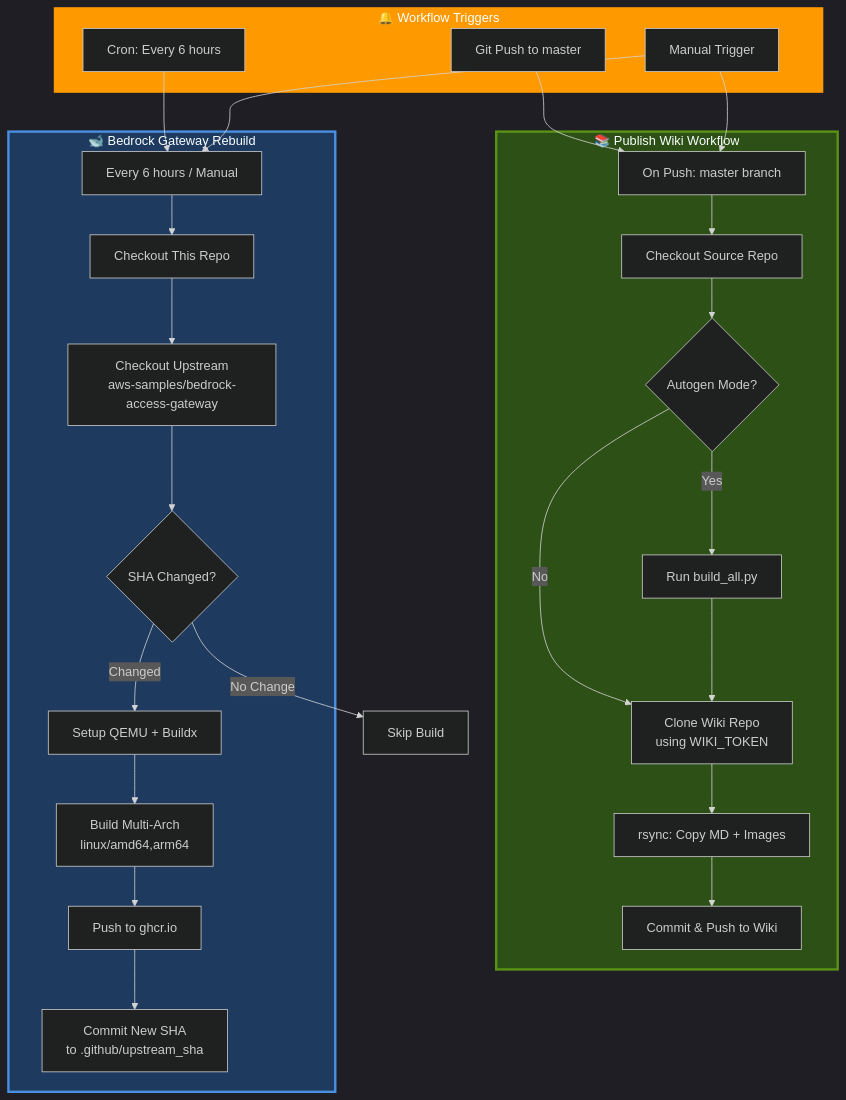
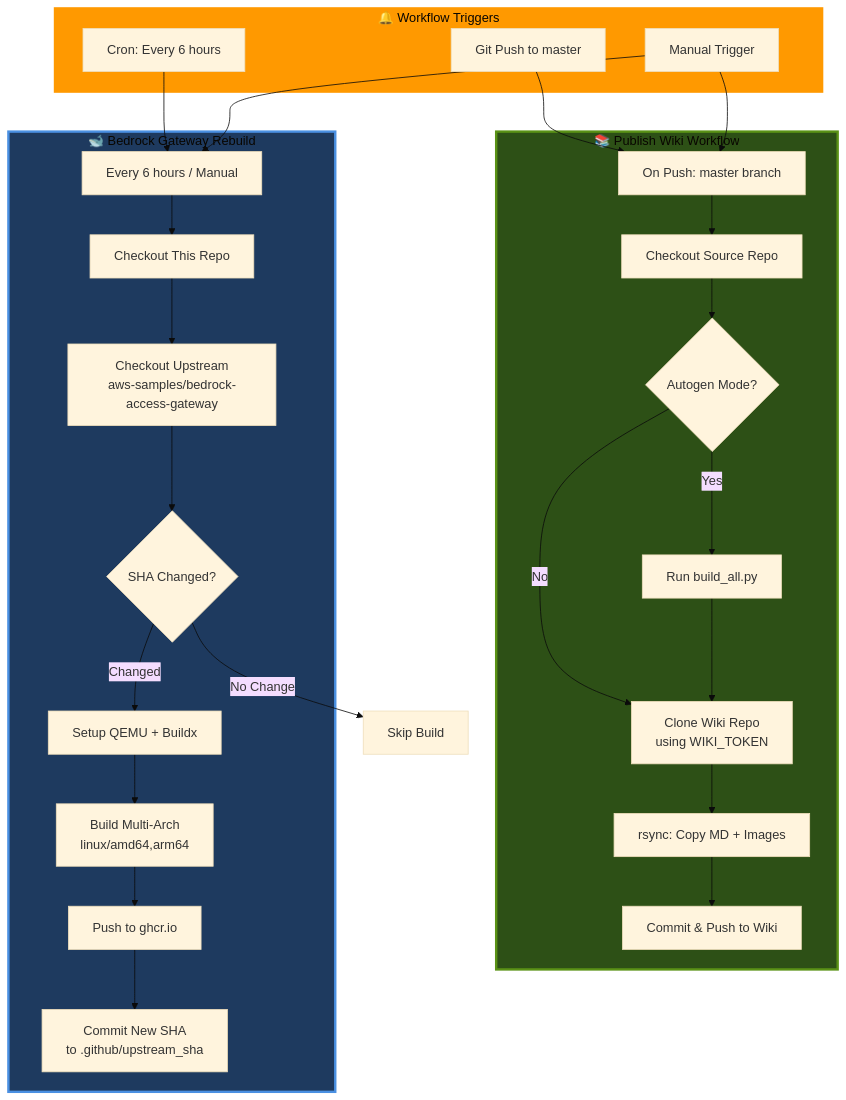
The first of 4 diagrams in docs/wiki/15-CI-CD-and-GitHub-Actions.md (seadogger-tech/seadogger-homelab), drawn with Mermaid before and after one commit. The commit also changed other lines of this file and 1 other file, not shown here.

First line of the commit message:
Switch Mermaid diagrams to 'base' theme for better light/dark mode adaptation

````diff
--- a/docs/wiki/15-CI-CD-and-GitHub-Actions.md
+++ b/docs/wiki/15-CI-CD-and-GitHub-Actions.md
@@ -10,56 +10,56 @@
 ```mermaid
-%%{init: {'theme':'dark','themeVariables': {'darkMode':'true'}}}%%
+%%{init: {'theme':'base'}}%%
 graph TB
     subgraph Triggers["🔔 Workflow Triggers"]
         Push[Git Push to master]
         Schedule[Cron: Every 6 hours]
         Manual[Manual Trigger]
     end
 
     subgraph WikiFlow["📚 Publish Wiki Workflow"]
         WikiTrigger[On Push: master branch]
         Checkout1[Checkout Source Repo]
         BuildCheck{Autogen Mode?}
         BuildScript[Run build_all.py]
         CloneWiki[Clone Wiki Repo<br/>using WIKI_TOKEN]
         Rsync[rsync: Copy MD + Images]
         CommitWiki[Commit & Push to Wiki]
     end
 
     subgraph BedrockFlow["🐋 Bedrock Gateway Rebuild"]
         BedrockTrigger[Every 6 hours / Manual]
         Checkout2[Checkout This Repo]
         CheckUpstream[Checkout Upstream<br/>aws-samples/bedrock-access-gateway]
         CompareSSHA{SHA Changed?}
         SetupBuildx[Setup QEMU + Buildx]
         BuildPush[Build Multi-Arch<br/>linux/amd64,arm64]
         PushGHCR[Push to ghcr.io]
         UpdateSHA[Commit New SHA<br/>to .github/upstream_sha]
     end
 
     Push --> WikiTrigger
     Manual --> WikiTrigger
     Schedule --> BedrockTrigger
     Manual --> BedrockTrigger
 
     WikiTrigger --> Checkout1
     Checkout1 --> BuildCheck
     BuildCheck -->|Yes| BuildScript
     BuildCheck -->|No| CloneWiki
     BuildScript --> CloneWiki
     CloneWiki --> Rsync
     Rsync --> CommitWiki
 
     BedrockTrigger --> Checkout2
     Checkout2 --> CheckUpstream
     CheckUpstream --> CompareSSHA
     CompareSSHA -->|Changed| SetupBuildx
     CompareSSHA -->|No Change| End1[Skip Build]
     SetupBuildx --> BuildPush
     BuildPush --> PushGHCR
     PushGHCR --> UpdateSHA
 
     style WikiFlow fill:#2d5016,stroke:#5a9216,stroke-width:3px
     style BedrockFlow fill:#1e3a5f,stroke:#4a90e2,stroke-width:3px
     style Triggers fill:#ff9900,stroke:#ff9900,stroke-width:3px
 ```
````
